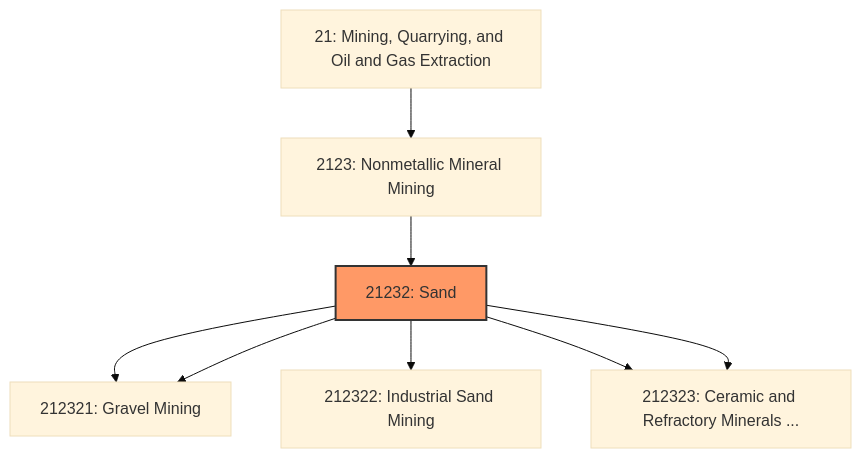
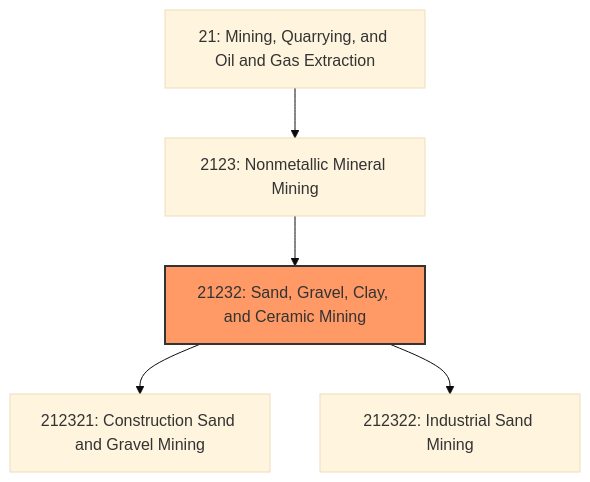
One commit to kziemski/business.org.ai changed the first of 3 diagrams in industries/Mining/NonmetallicMineralMining/Sand/index.mdx. Above: the diagram before and after it, drawn with Mermaid (base theme). The commit also changed other lines of this file and 67 other files, not shown here.

````diff
--- a/industries/Mining/NonmetallicMineralMining/Sand/index.mdx
+++ b/industries/Mining/NonmetallicMineralMining/Sand/index.mdx
@@ -22,12 +38,9 @@
 ```mermaid
 graph TD
     S21["21: Mining, Quarrying, and Oil and Gas Extraction"]
     S21 --> N2123["2123: Nonmetallic Mineral Mining"]
-    N2123 --> N21232["21232: Sand"]
+    N2123 --> N21232["21232: Sand, Gravel, Clay, and Ceramic Mining"]
     style N21232 fill:#f96,stroke:#333,stroke-width:2px
-    N21232 --> N212321["212321: Construction Sand"]
-    N21232 --> N212321["212321: Gravel Mining"]
+    N21232 --> N212321["212321: Construction Sand and Gravel Mining"]
     N21232 --> N212322["212322: Industrial Sand Mining"]
-    N21232 --> N212323["212323: Kaolin"]
-    N21232 --> N212323["212323: Ceramic and Refractory Minerals ..."]
 ```
````
